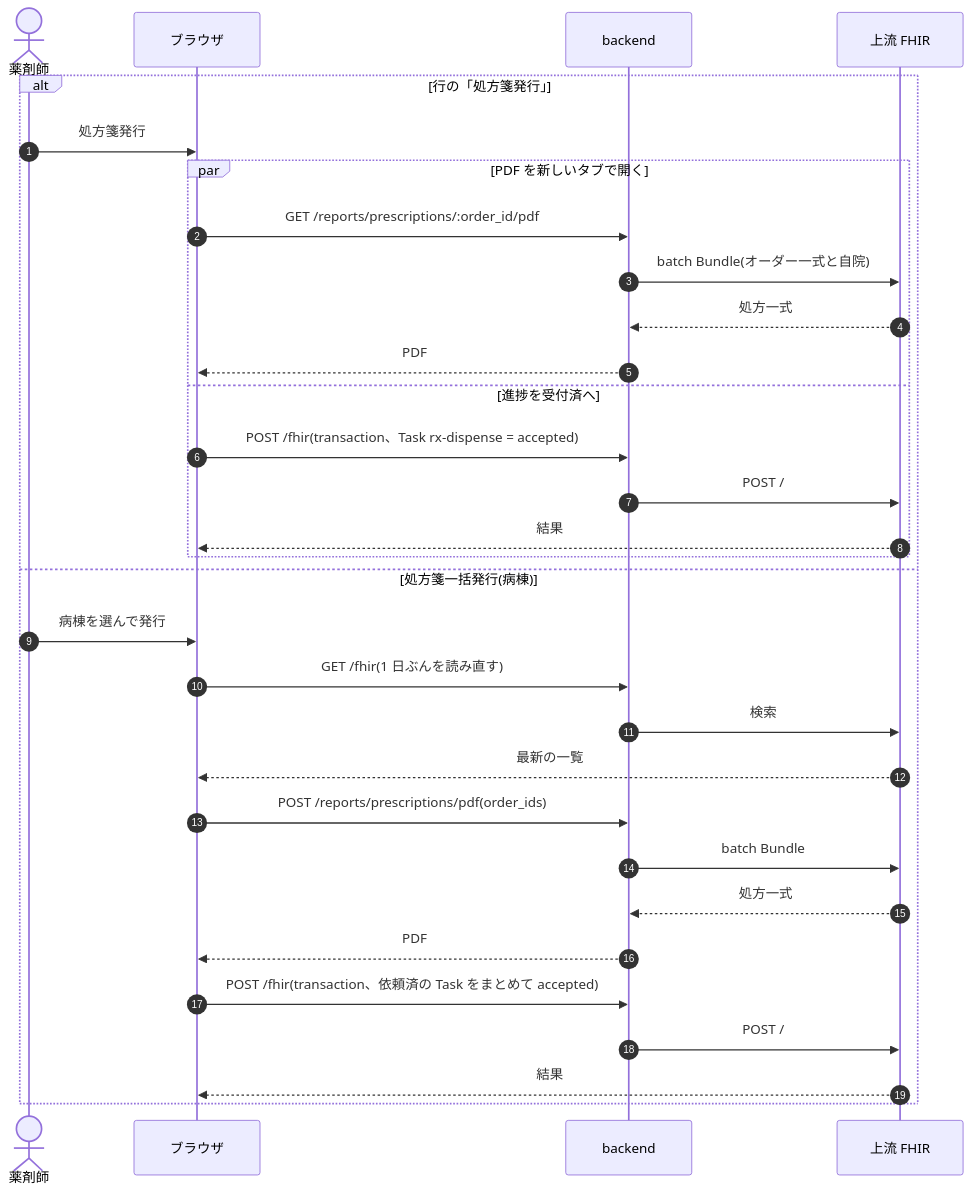
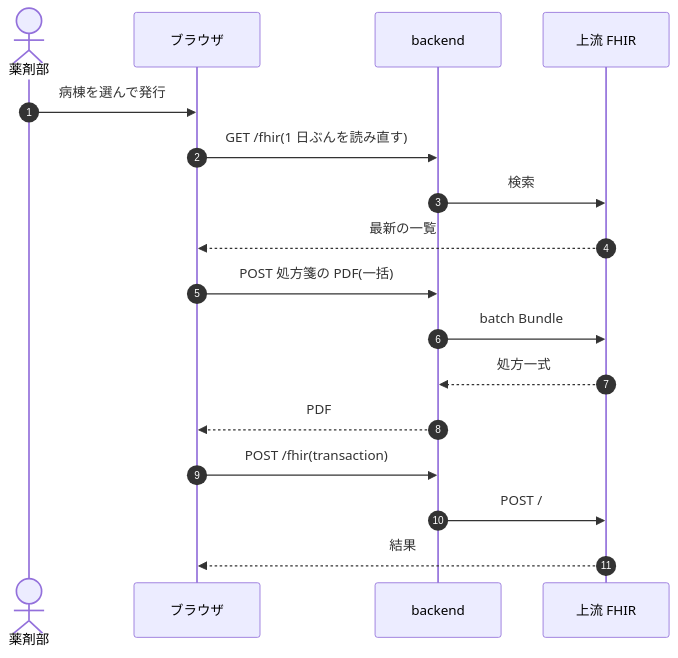
One commit to ysnr-dev/fhir-client-docs changed the seventh of 12 diagrams in docs/dev/prescription.md. Above: the diagram before and after it, drawn with Mermaid. The commit also changed other lines of this file and 43 other files, not shown here.

Commit message:
docs: 業務フローとシーケンス図を写し直し

````diff
--- a/docs/dev/prescription.md
+++ b/docs/dev/prescription.md
@@ -149,34 +285,20 @@
 ```mermaid
 sequenceDiagram
   autonumber
-  actor Ph as 薬剤師
+  actor Ph as 薬剤部
   participant UI as ブラウザ
   participant BE as backend
   participant FHIR as 上流 FHIR
 
-  alt 行の「処方箋発行」
-    Ph->>UI: 処方箋発行
-    par PDF を新しいタブで開く
-      UI->>BE: GET /reports/prescriptions/:order_id/pdf
-      BE->>FHIR: batch Bundle(オーダー一式と自院)
-      FHIR-->>BE: 処方一式
-      BE-->>UI: PDF
-    and 進捗を受付済へ
-      UI->>BE: POST /fhir(transaction、Task rx-dispense = accepted)
-      BE->>FHIR: POST /
-      FHIR-->>UI: 結果
-    end
-  else 処方箋一括発行(病棟)
-    Ph->>UI: 病棟を選んで発行
-    UI->>BE: GET /fhir(1 日ぶんを読み直す)
-    BE->>FHIR: 検索
-    FHIR-->>UI: 最新の一覧
-    UI->>BE: POST /reports/prescriptions/pdf(order_ids)
-    BE->>FHIR: batch Bundle
-    FHIR-->>BE: 処方一式
-    BE-->>UI: PDF
-    UI->>BE: POST /fhir(transaction、依頼済の Task をまとめて accepted)
-    BE->>FHIR: POST /
-    FHIR-->>UI: 結果
-  end
+  Ph->>UI: 病棟を選んで発行
+  UI->>BE: GET /fhir(1 日ぶんを読み直す)
+  BE->>FHIR: 検索
+  FHIR-->>UI: 最新の一覧
+  UI->>BE: POST 処方箋の PDF(一括)
+  BE->>FHIR: batch Bundle
+  FHIR-->>BE: 処方一式
+  BE-->>UI: PDF
+  UI->>BE: POST /fhir(transaction)
+  BE->>FHIR: POST /
+  FHIR-->>UI: 結果
 ```
````
